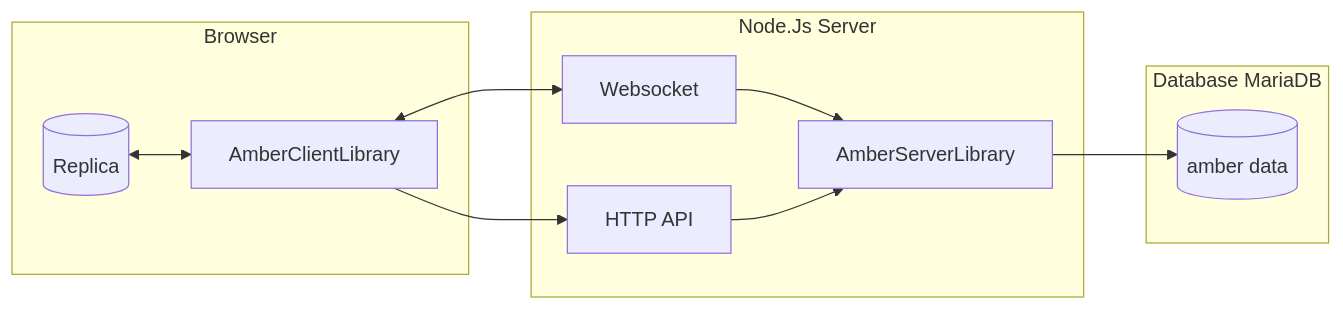
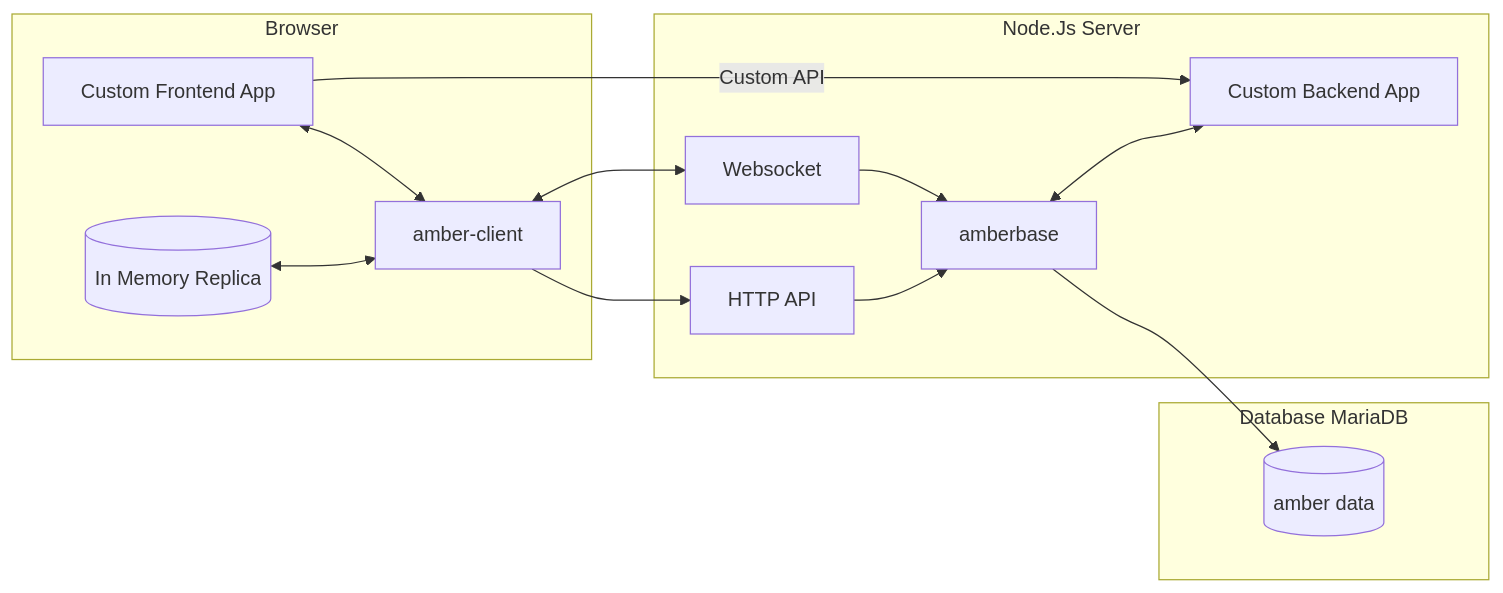
One commit to amberbase/amberbase changed the second of 3 diagrams in docs/concept.md. Above: the diagram before and after it, drawn with Mermaid. The commit also changed other lines of this file and 42 other files, not shown here.

````diff
--- a/docs/concept.md
+++ b/docs/concept.md
@@ -108,20 +110,23 @@
 ```mermaid
 flowchart LR;
     subgraph Browser
-        inMem[(Replica)] <--> clientLib
-        clientLib[AmberClientLibrary]
-        
+        customFrontendApp[Custom Frontend App] <--> clientLib
+        inMem[(In Memory Replica)] <--> clientLib
+        clientLib[amber-client]
     end
     
     subgraph Node.Js Server
-    clientLib[AmberClientLibrary] <--> ws
-    ws[Websocket] --> AmberServerLibrary
+    customFrontendApp -- Custom API --> customBackendApp
+    clientLib[amber-client] <--> ws
+    ws[Websocket] --> AmberServerLibrary[amberbase]
     rest[HTTP API] --> AmberServerLibrary
     clientLib --> rest
+    AmberServerLibrary <--> customBackendApp[Custom Backend App] 
+    
     
     end
     subgraph Database MariaDB
     AmberServerLibrary --> db[(amber data)]
     
     end
 ```
````
